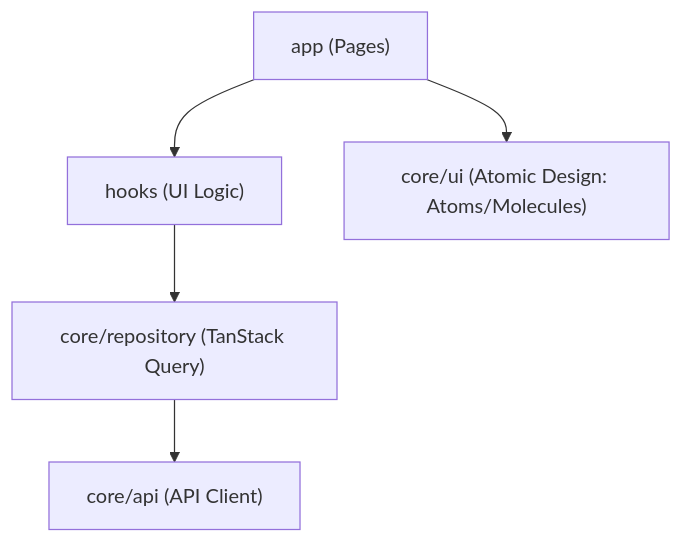
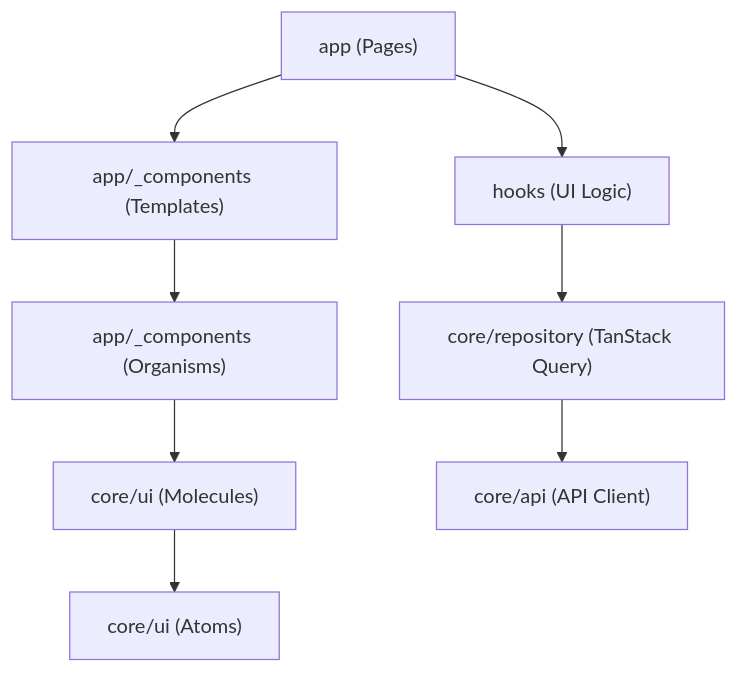
One commit to seka/fish-auction changed the second of 2 diagrams in README.md. Above: the diagram before and after it, drawn with Mermaid. The commit also changed other lines of this file, not shown here.

Commit message:
docs: detail Atomic Design layers (Organisms/Templates) in README

````diff
--- a/README.md
+++ b/README.md
@@ -34,8 +34,11 @@
 ```mermaid
 graph TD
-    App["app (Pages)"] --> Hooks["hooks (UI Logic)"]
+    App["app (Pages)"] --> Temp["app/_components (Templates)"]
+    Temp --> Org["app/_components (Organisms)"]
+    Org --> Mol["core/ui (Molecules)"]
+    Mol --> Ato["core/ui (Atoms)"]
+    
+    App --> Hooks["hooks (UI Logic)"]
     Hooks --> Repo["core/repository (TanStack Query)"]
     Repo --> API["core/api (API Client)"]
-    
-    App --> UI["core/ui (Atomic Design: Atoms/Molecules)"]
 ```
````
